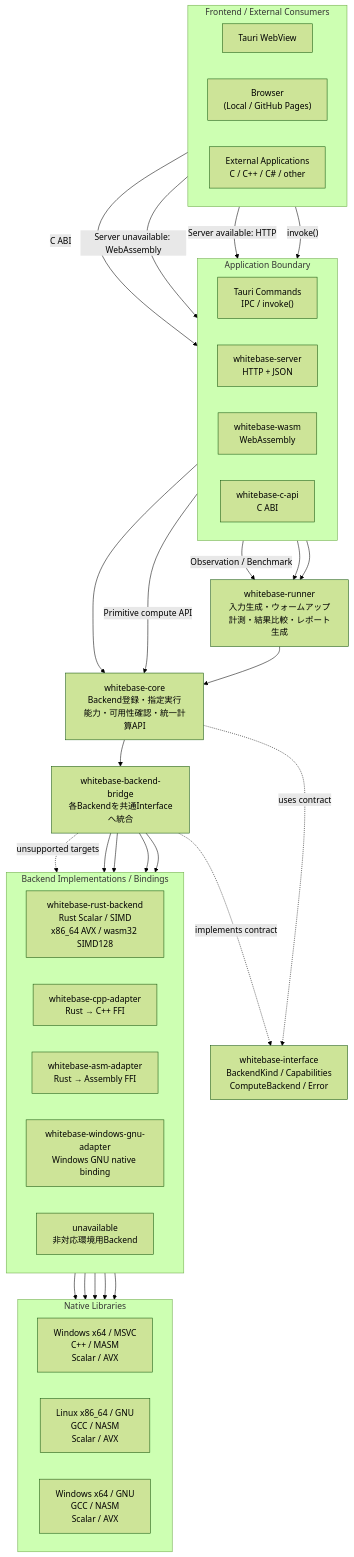
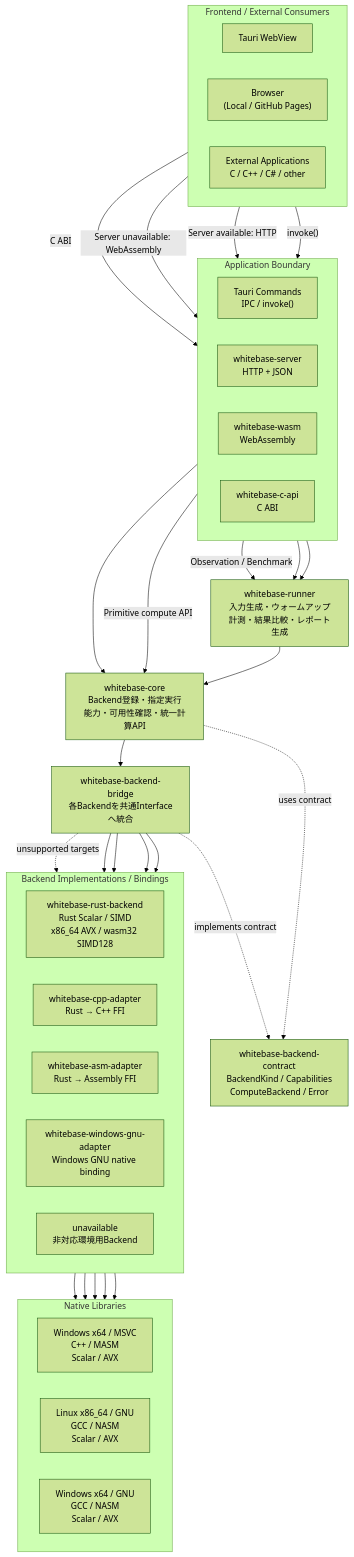
Before and after one commit to Hokutaka/Whitebase: the diagram in docs/diagrams/structure/architecture.mmd, drawn with Mermaid (forest theme). The commit also changed 23 other files, not shown here.

```diff
--- a/docs/diagrams/structure/architecture.mmd
+++ b/docs/diagrams/structure/architecture.mmd
@@ -1,102 +1,102 @@
 flowchart TB
     subgraph Frontends["Frontend / External Consumers"]
         direction LR
         Tauri["Tauri WebView"]
         Browser["Browser<br/>(Local / GitHub Pages)"]
         External["External Applications<br/>C / C++ / C# / other"]
     end
 
     subgraph ApplicationBoundaries["Application Boundary"]
         direction LR
         TauriCommand["Tauri Commands<br/>IPC / invoke()"]
         HttpServer["whitebase-server<br/>HTTP + JSON"]
         Wasm["whitebase-wasm<br/>WebAssembly"]
         CApi["whitebase-c-api<br/>C ABI"]
     end
 
     Runner["whitebase-runner<br/>入力生成・ウォームアップ<br/>計測・結果比較・レポート生成"]
 
     Core["whitebase-core<br/>Backend登録・指定実行<br/>能力・可用性確認・統一計算API"]
 
-    Interface["whitebase-interface<br/>BackendKind / Capabilities<br/>ComputeBackend / Error"]
+    Interface["whitebase-backend-contract<br/>BackendKind / Capabilities<br/>ComputeBackend / Error"]
 
     Bridge["whitebase-backend-bridge<br/>各Backendを共通Interfaceへ統合"]
 
     subgraph BackendConnections["Backend Implementations / Bindings"]
         direction LR
 
         RustBackend["whitebase-rust-backend<br/>Rust Scalar / SIMD<br/>x86_64 AVX / wasm32 SIMD128"]
 
         CppAdapter["whitebase-cpp-adapter<br/>Rust → C++ FFI"]
 
         AssemblyAdapter["whitebase-asm-adapter<br/>Rust → Assembly FFI"]
 
         WindowsGnuAdapter["whitebase-windows-gnu-adapter<br/>Windows GNU native binding"]
 
         Unavailable["unavailable<br/>非対応環境用Backend"]
     end
 
     subgraph NativeLibraries["Native Libraries"]
         direction LR
 
         MsvcNative["Windows x64 / MSVC<br/>C++ / MASM<br/>Scalar / AVX"]
 
         LinuxNative["Linux x86_64 / GNU<br/>GCC / NASM<br/>Scalar / AVX"]
 
         WindowsGnuNative["Windows x64 / GNU<br/>GCC / NASM<br/>Scalar / AVX"]
     end
 
     %% --------------------------------------------------------
     %% Entry routes
     %% --------------------------------------------------------
 
     Tauri -->|"invoke()"| TauriCommand
 
     Browser -->|"Server available: HTTP"| HttpServer
     Browser -->|"Server unavailable: WebAssembly"| Wasm
 
     External -->|"C ABI"| CApi
 
     %% --------------------------------------------------------
     %% Application boundaries
     %% --------------------------------------------------------
 
     TauriCommand --> Runner
     HttpServer --> Runner
 
     Wasm -->|"Observation / Benchmark"| Runner
     Wasm -->|"Primitive compute API"| Core
 
     CApi --> Core
 
     %% --------------------------------------------------------
     %% Common execution path
     %% --------------------------------------------------------
 
     Runner --> Core
     Core --> Bridge
 
     Core -. "uses contract" .-> Interface
     Bridge -. "implements contract" .-> Interface
 
     %% --------------------------------------------------------
     %% Backend routing
     %% --------------------------------------------------------
 
     Bridge --> RustBackend
     Bridge --> CppAdapter
     Bridge --> AssemblyAdapter
     Bridge --> WindowsGnuAdapter
     Bridge -. "unsupported targets" .-> Unavailable
 
     %% --------------------------------------------------------
     %% Native implementations
     %% --------------------------------------------------------
 
     CppAdapter --> MsvcNative
     CppAdapter --> LinuxNative
 
     AssemblyAdapter --> MsvcNative
     AssemblyAdapter --> LinuxNative
 
     WindowsGnuAdapter --> WindowsGnuNative
```
